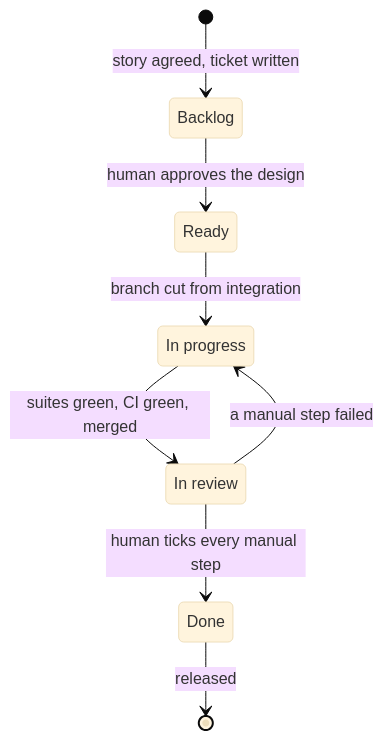
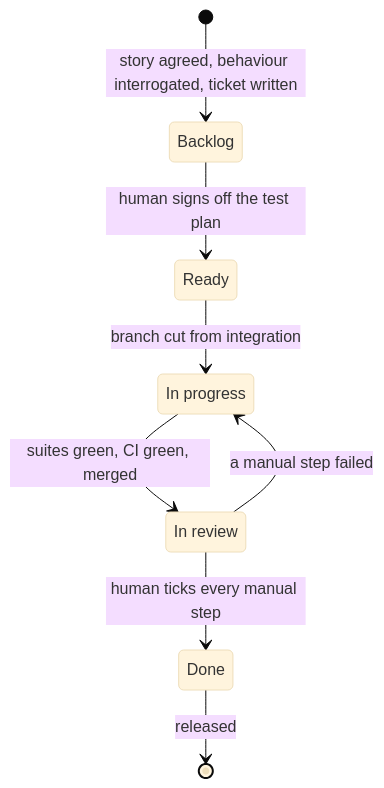
One commit to amlwwalker/kanban-tdd changed the diagram in README.md. Above: the diagram before and after it, drawn with Mermaid (base theme). The commit also changed other lines of this file and 2 other files, not shown here.

First line of the commit message:
docs: cover the rigour, design-docs and browser work

````diff
--- a/README.md
+++ b/README.md
@@ -508,16 +550,16 @@
 ```mermaid
 stateDiagram-v2
-    [*] --> Backlog: story agreed, ticket written
-    Backlog --> Ready: human approves the design
+    [*] --> Backlog: story agreed, behaviour interrogated, ticket written
+    Backlog --> Ready: human signs off the test plan
     Ready --> InProgress: branch cut from integration
     InProgress --> InReview: suites green, CI green, merged
     InReview --> Done: human ticks every manual step
     InReview --> InProgress: a manual step failed
     Done --> [*]: released
 
     Backlog: Backlog
     Ready: Ready
     InProgress: In progress
     InReview: In review
     Done: Done
 ```
````
